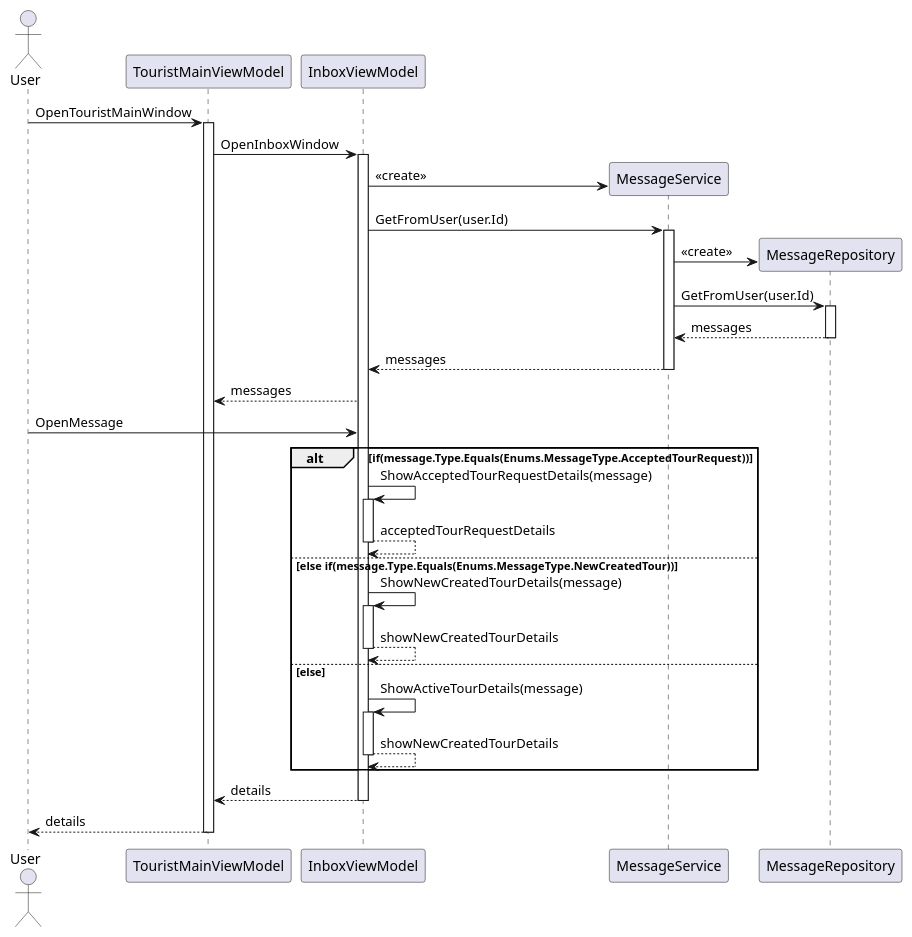
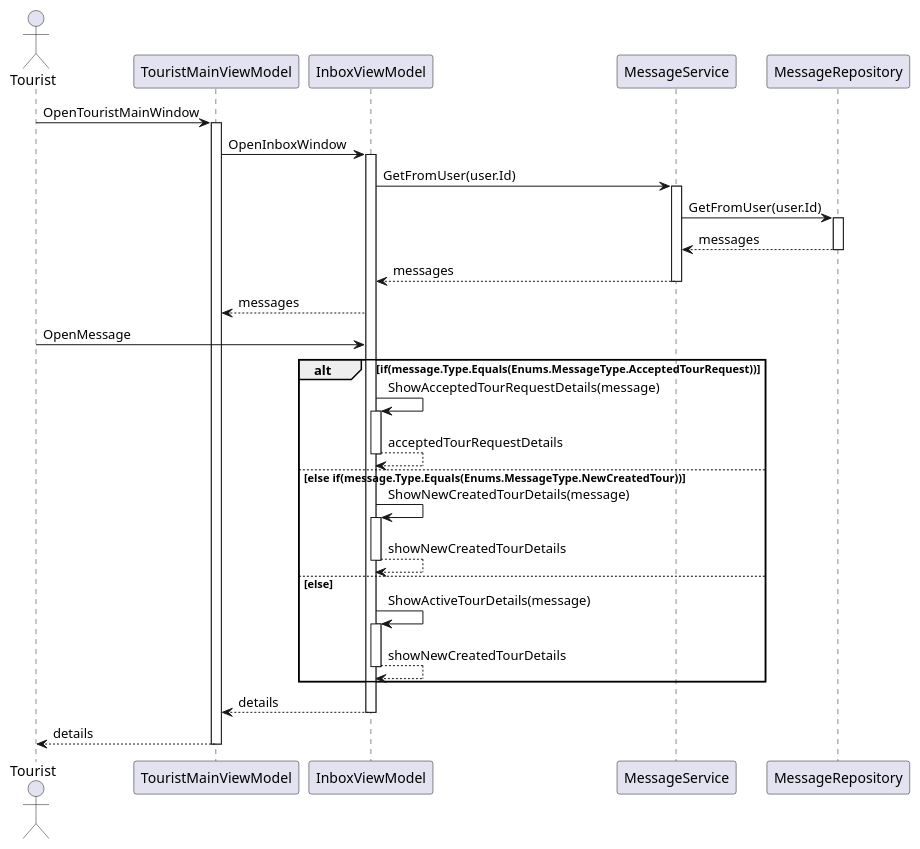
One commit to kzi-nastava/sims-ra-2024-group-3-team-a changed the diagram in Diagrams/Sequence Diagrams/TouristSequenceDiagram2.puml. Above: the diagram before and after it, drawn with PlantUML. The commit also changed 13 other files, not shown here.

Commit message:
All diagrams fixed

```diff
--- a/Diagrams/Sequence Diagrams/TouristSequenceDiagram2.puml
+++ b/Diagrams/Sequence Diagrams/TouristSequenceDiagram2.puml
@@ -1,54 +1,53 @@
 @startuml dijagram
 
-actor "User" as u
+actor "Tourist" as u
 
 participant TouristMainViewModel
 participant InboxViewModel
 participant MessageService
 
 u->TouristMainViewModel: OpenTouristMainWindow
 activate TouristMainViewModel
 
 TouristMainViewModel->InboxViewModel:OpenInboxWindow
 activate InboxViewModel
-create MessageService
-InboxViewModel -> MessageService: <<create>>
+
+
 
 InboxViewModel->MessageService: GetFromUser(user.Id)
 activate MessageService
 
-create MessageRepository
-MessageService -> MessageRepository: <<create>>
+
 MessageService -> MessageRepository: GetFromUser(user.Id)
 
 activate MessageRepository
 MessageRepository-->MessageService: messages
 
 deactivate MessageRepository
 MessageService-->InboxViewModel: messages
 deactivate MessageService
 InboxViewModel-->TouristMainViewModel: messages
 
 u->InboxViewModel: OpenMessage
 
 alt if(message.Type.Equals(Enums.MessageType.AcceptedTourRequest))
 InboxViewModel->InboxViewModel: ShowAcceptedTourRequestDetails(message)
 activate InboxViewModel
 InboxViewModel-->InboxViewModel: acceptedTourRequestDetails
 deactivate InboxViewModel
 else else if(message.Type.Equals(Enums.MessageType.NewCreatedTour))
 InboxViewModel->InboxViewModel: ShowNewCreatedTourDetails(message)
 activate InboxViewModel
 InboxViewModel-->InboxViewModel: showNewCreatedTourDetails
 deactivate InboxViewModel
 else else 
 InboxViewModel->InboxViewModel: ShowActiveTourDetails(message)
 activate InboxViewModel
 InboxViewModel-->InboxViewModel: showNewCreatedTourDetails
 deactivate InboxViewModel
 end
 InboxViewModel-->TouristMainViewModel:details
 deactivate InboxViewModel
 TouristMainViewModel-->u: details
 deactivate TouristMainViewModel
 @enduml
```
